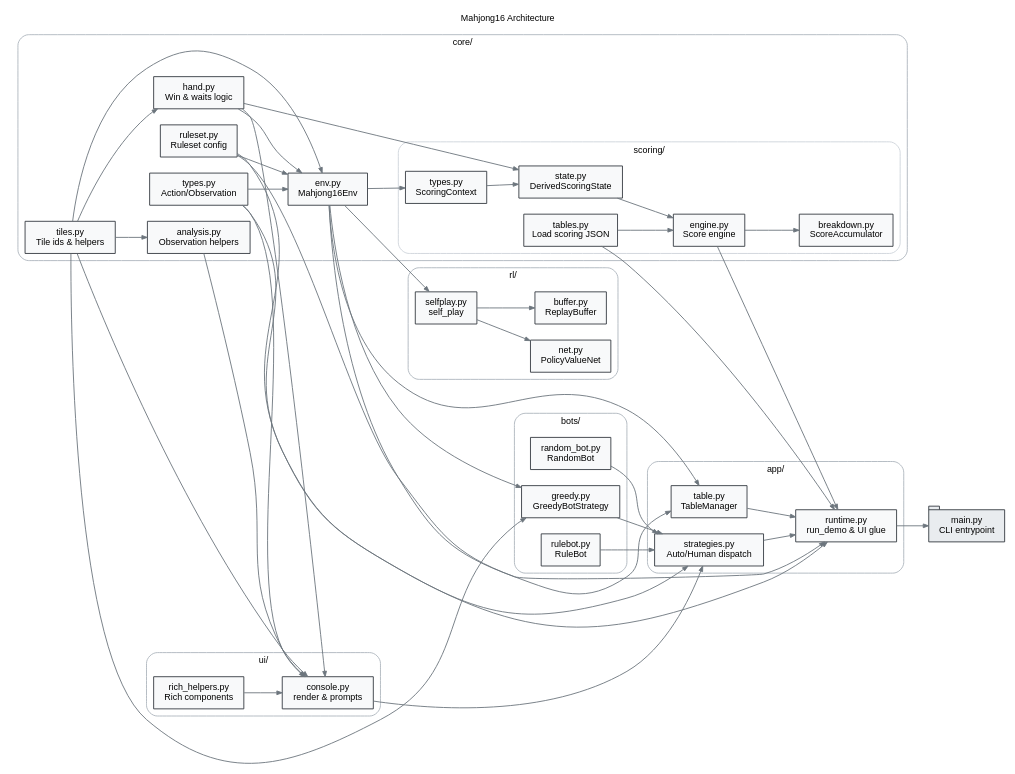
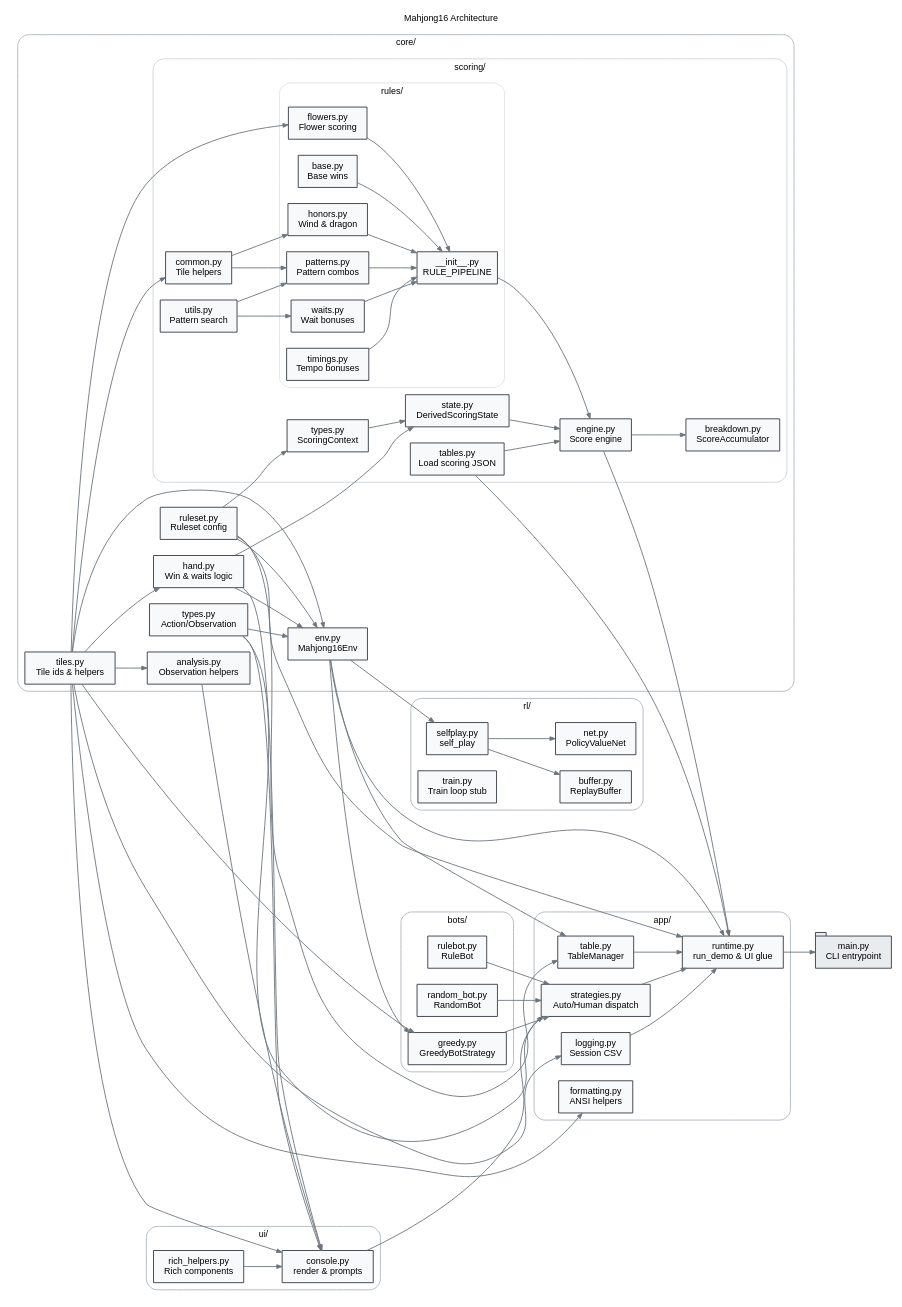
The diagram in docs/architecture/diagram.gv (yuweiiihuang/mahjong16), drawn with Graphviz before and after one commit. The commit also changed 3 other files, not shown here.

Commit message:
doc: update architecture diagram and README.md

```diff
--- a/docs/architecture/diagram.gv
+++ b/docs/architecture/diagram.gv
@@ -1,117 +1,152 @@
 // Graphviz diagram of Mahjong16 modules and dependencies
 digraph Mahjong16 {
     graph [rankdir=LR, fontsize=10, fontname="Helvetica", labelloc="t", label="Mahjong16 Architecture"];
     node [shape=box, fontsize=10, fontname="Helvetica", style="filled", fillcolor="#f8f9fa", color="#343a40"];
     edge [color="#6c757d", arrowsize=0.6];
 
     subgraph cluster_core {
         label = "core/";
         color = "#adb5bd";
         style = "rounded";
 
         core_tiles    [label="tiles.py\nTile ids & helpers"];
         core_ruleset  [label="ruleset.py\nRuleset config"];
         core_types    [label="types.py\nAction/Observation"];
         core_hand     [label="hand.py\nWin & waits logic"];
         core_env      [label="env.py\nMahjong16Env"];
         core_analysis [label="analysis.py\nObservation helpers"];
 
         subgraph cluster_core_scoring {
             label = "scoring/";
             color = "#ced4da";
             style = "rounded";
 
-            core_sc_tables   [label="tables.py\nLoad scoring JSON"];
-            core_sc_types    [label="types.py\nScoringContext"];
-            core_sc_state    [label="state.py\nDerivedScoringState"];
-            core_sc_engine   [label="engine.py\nScore engine"];
-            core_sc_breakdown[label="breakdown.py\nScoreAccumulator"];
+            core_sc_tables    [label="tables.py\nLoad scoring JSON"];
+            core_sc_types     [label="types.py\nScoringContext"];
+            core_sc_state     [label="state.py\nDerivedScoringState"];
+            core_sc_engine    [label="engine.py\nScore engine"];
+            core_sc_breakdown [label="breakdown.py\nScoreAccumulator"];
+            core_sc_common    [label="common.py\nTile helpers"];
+            core_sc_utils     [label="utils.py\nPattern search"];
+
+            subgraph cluster_core_scoring_rules {
+                label = "rules/";
+                color = "#dee2e6";
+                style = "rounded";
+
+                core_sc_rules_pipeline [label="__init__.py\nRULE_PIPELINE"];
+                core_sc_rules_flowers  [label="flowers.py\nFlower scoring"];
+                core_sc_rules_base     [label="base.py\nBase wins"];
+                core_sc_rules_waits    [label="waits.py\nWait bonuses"];
+                core_sc_rules_patterns [label="patterns.py\nPattern combos"];
+                core_sc_rules_honors   [label="honors.py\nWind & dragon"];
+                core_sc_rules_timings  [label="timings.py\nTempo bonuses"];
+            }
         }
     }
 
     subgraph cluster_app {
         label = "app/";
         color = "#adb5bd";
         style = "rounded";
-        app_table   [label="table.py\nTableManager"];
-        app_strat   [label="strategies.py\nAuto/Human dispatch"];
-        app_runtime [label="runtime.py\nrun_demo & UI glue"];
+        app_table    [label="table.py\nTableManager"];
+        app_strat    [label="strategies.py\nAuto/Human dispatch"];
+        app_runtime  [label="runtime.py\nrun_demo & UI glue"];
+        app_logging  [label="logging.py\nSession CSV"];
+        app_format   [label="formatting.py\nANSI helpers"];
     }
 
     subgraph cluster_ui {
         label = "ui/";
         color = "#adb5bd";
         style = "rounded";
         ui_console [label="console.py\nrender & prompts"];
         ui_helpers [label="rich_helpers.py\nRich components"];
     }
 
     subgraph cluster_bots {
         label = "bots/";
         color = "#adb5bd";
         style = "rounded";
         bot_rule   [label="rulebot.py\nRuleBot"];
         bot_random [label="random_bot.py\nRandomBot"];
         bot_greedy [label="greedy.py\nGreedyBotStrategy"];
     }
 
     subgraph cluster_rl {
         label = "rl/";
         color = "#adb5bd";
         style = "rounded";
         rl_selfplay [label="selfplay.py\nself_play"];
         rl_buffer   [label="buffer.py\nReplayBuffer"];
         rl_net      [label="net.py\nPolicyValueNet"];
+        rl_train    [label="train.py\nTrain loop stub"];
     }
 
     main_cli [label="main.py\nCLI entrypoint", shape=tab, fillcolor="#e9ecef"];
 
     // Core dependencies
     core_tiles -> core_hand;
     core_tiles -> core_env;
     core_tiles -> core_analysis;
+    core_tiles -> core_sc_common;
+    core_tiles -> core_sc_rules_flowers;
     core_tiles -> ui_console;
+    core_tiles -> app_logging;
+    core_tiles -> app_format;
     core_tiles -> bot_greedy;
 
     core_ruleset -> core_env;
+    core_ruleset -> core_sc_types;
     core_ruleset -> app_table;
     core_ruleset -> app_runtime;
 
     core_types -> core_env;
     core_types -> ui_console;
     core_types -> app_strat;
 
     core_hand -> core_env;
     core_hand -> core_sc_state;
     core_hand -> ui_console;
 
     core_analysis -> ui_console;
 
     core_env -> app_table;
     core_env -> app_runtime;
-    core_env -> core_sc_types;
     core_env -> bot_greedy;
     core_env -> rl_selfplay;
 
     core_sc_tables -> app_runtime;
     core_sc_tables -> core_sc_engine;
     core_sc_types -> core_sc_state;
+    core_sc_common -> core_sc_rules_patterns;
+    core_sc_common -> core_sc_rules_honors;
+    core_sc_utils -> core_sc_rules_patterns;
+    core_sc_utils -> core_sc_rules_waits;
     core_sc_state -> core_sc_engine;
+    core_sc_rules_flowers -> core_sc_rules_pipeline;
+    core_sc_rules_base -> core_sc_rules_pipeline;
+    core_sc_rules_waits -> core_sc_rules_pipeline;
+    core_sc_rules_patterns -> core_sc_rules_pipeline;
+    core_sc_rules_honors -> core_sc_rules_pipeline;
+    core_sc_rules_timings -> core_sc_rules_pipeline;
+    core_sc_rules_pipeline -> core_sc_engine;
     core_sc_engine -> app_runtime;
     core_sc_engine -> core_sc_breakdown;
 
     ui_helpers -> ui_console;
 
     app_table -> app_runtime;
     app_strat -> app_runtime;
+    app_logging -> app_runtime;
     ui_console -> app_strat;
 
     bot_rule -> app_strat;
     bot_random -> app_strat;
     bot_greedy -> app_strat;
 
     rl_selfplay -> rl_buffer;
     rl_selfplay -> rl_net;
 
     app_runtime -> main_cli;
 }
```
